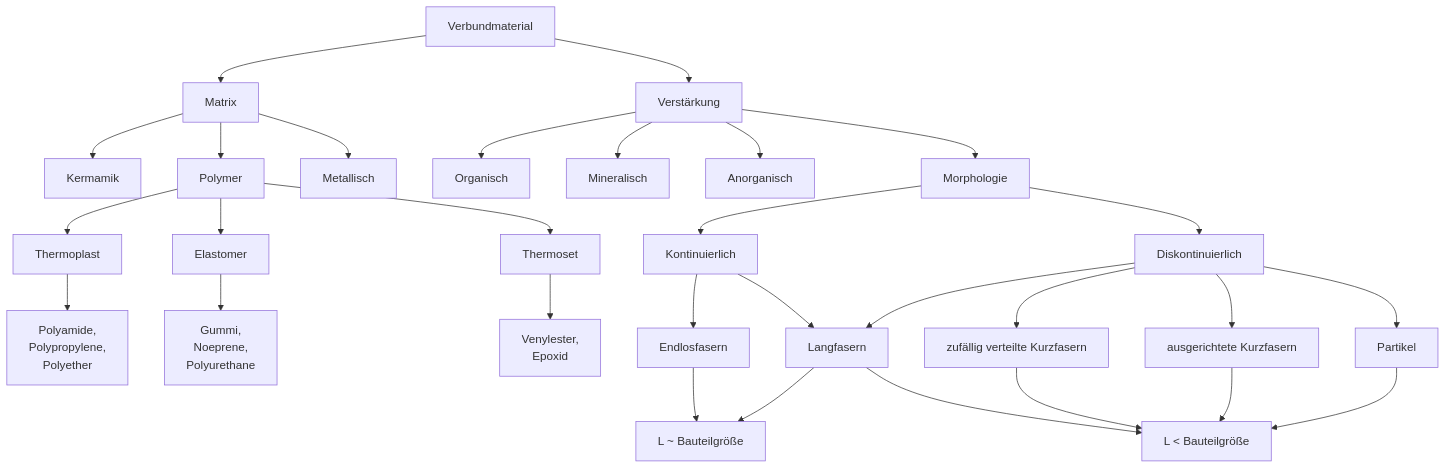
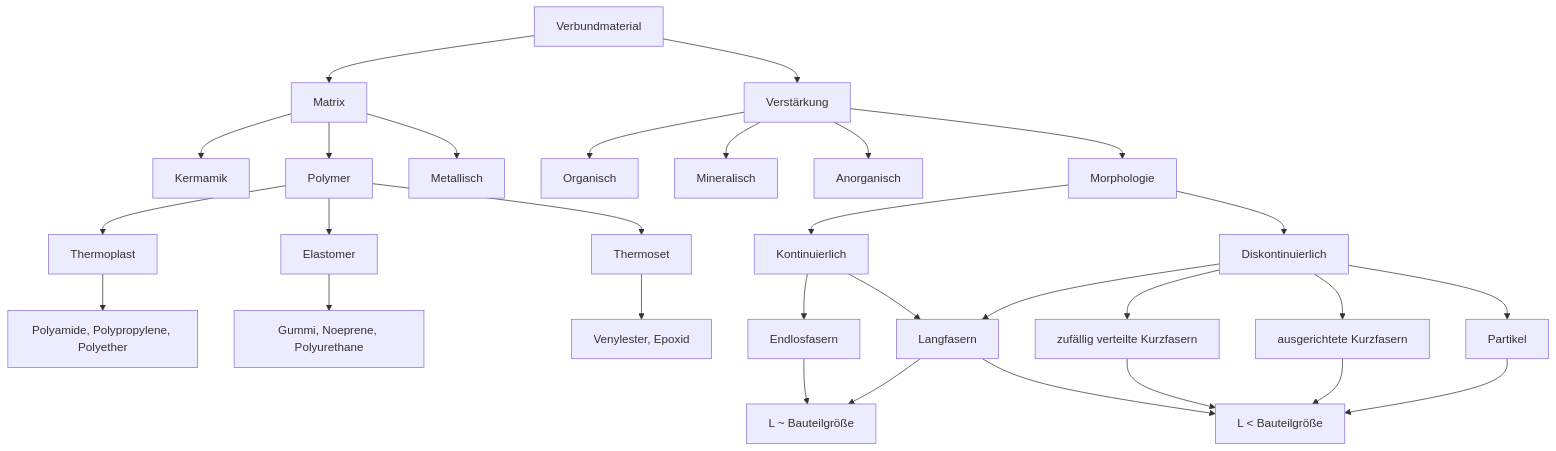
The diagram in src/Skript/Nichtmetallische_Werkstoffe/faserverbunde.md (CWillberg/Werkstofftechnik), drawn with Mermaid before and after one commit. The commit also changed other lines of this file, not shown here.

````diff
--- a/src/Skript/Nichtmetallische_Werkstoffe/faserverbunde.md
+++ b/src/Skript/Nichtmetallische_Werkstoffe/faserverbunde.md
@@ -4,35 +6,29 @@
 ```mermaid
-  graph TD;
-      Verbundmaterial-->Matrix;
-      Matrix-->Kermamik;
-      Matrix-->Polymer;
-      Matrix-->Metallisch;
-      Polymer-->Thermoplast-->Thermoplast_Beispiel["Polyamide, 
-      Polypropylene,
-      Polyether"];
-      Polymer-->Elastomer-->Elastomer_Beispiel["Gummi, 
-      Noeprene, 
-      Polyurethane"];
-      Polymer-->Thermoset-->Thermoset_Beispiel["Venylester, 
-      Epoxid"];
-      Verbundmaterial-->Verstärkung;
-      Verstärkung-->Organisch;
-      Verstärkung-->Mineralisch;
-      Verstärkung-->Anorganisch;
-      Verstärkung-->Morphologie
-      Morphologie-->Kontinuierlich;
-      Kontinuierlich-->Endlosfasern;
-      Kontinuierlich-->Langfasern;
-      Endlosfasern-->Limit["L ~ Bauteilgröße"]
-      Langfasern-->Limit["L ~ Bauteilgröße"]
-      Diskontinuierlich-->Langfasern
-      Morphologie-->Diskontinuierlich;
-      Diskontinuierlich-->Kurzfasern_ramdom["zufällig verteilte Kurzfasern"];
-      Diskontinuierlich-->Kurzfasern_aligned["ausgerichtete Kurzfasern"];
-      Diskontinuierlich-->Partikel;
-      Langfasern-->Limit_2["L < Bauteilgröße"];
-      Kurzfasern_ramdom
-      -->Limit_2["L < Bauteilgröße"];
-      Kurzfasern_aligned-->Limit_2["L < Bauteilgröße"];
-      Partikel-->Limit_2["L < Bauteilgröße"];
+graph TD;
+    Verbundmaterial-->Matrix;
+    Matrix-->Kermamik;
+    Matrix-->Polymer;
+    Matrix-->Metallisch;
+    Polymer-->Thermoplast-->Thermoplast_Beispiel["Polyamide, Polypropylene, Polyether"];
+    Polymer-->Elastomer-->Elastomer_Beispiel["Gummi, Noeprene, Polyurethane"];
+    Polymer-->Thermoset-->Thermoset_Beispiel["Venylester, Epoxid"];
+    Verbundmaterial-->Verstärkung;
+    Verstärkung-->Organisch;
+    Verstärkung-->Mineralisch;
+    Verstärkung-->Anorganisch;
+    Verstärkung-->Morphologie
+    Morphologie-->Kontinuierlich;
+    Kontinuierlich-->Endlosfasern;
+    Kontinuierlich-->Langfasern;
+    Endlosfasern-->Limit["L ~ Bauteilgröße"]
+    Langfasern-->Limit["L ~ Bauteilgröße"]
+    Diskontinuierlich-->Langfasern
+    Morphologie-->Diskontinuierlich;
+    Diskontinuierlich-->Kurzfasern_ramdom["zufällig verteilte Kurzfasern"];
+    Diskontinuierlich-->Kurzfasern_aligned["ausgerichtete Kurzfasern"];
+    Diskontinuierlich-->Partikel;
+    Langfasern-->Limit_2["L < Bauteilgröße"];
+    Kurzfasern_ramdom-->Limit_2["L < Bauteilgröße"];
+    Kurzfasern_aligned-->Limit_2["L < Bauteilgröße"];
+    Partikel-->Limit_2["L < Bauteilgröße"];
 ```
````
